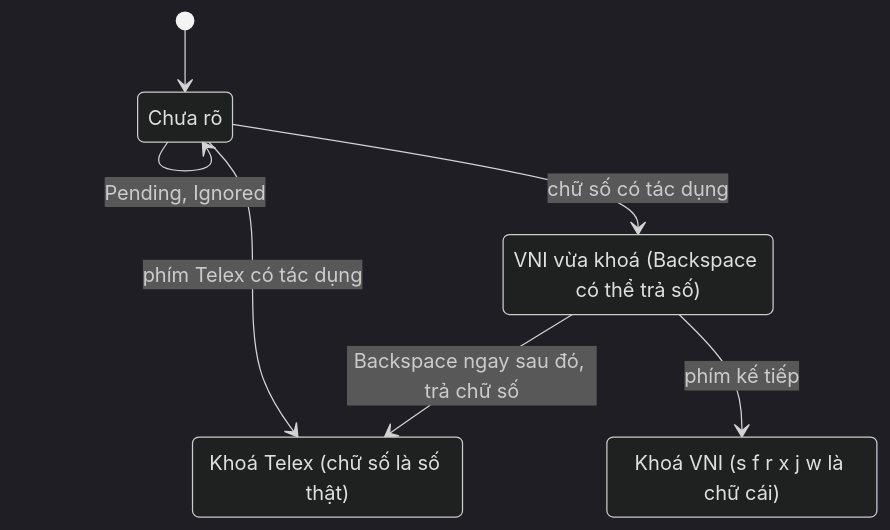
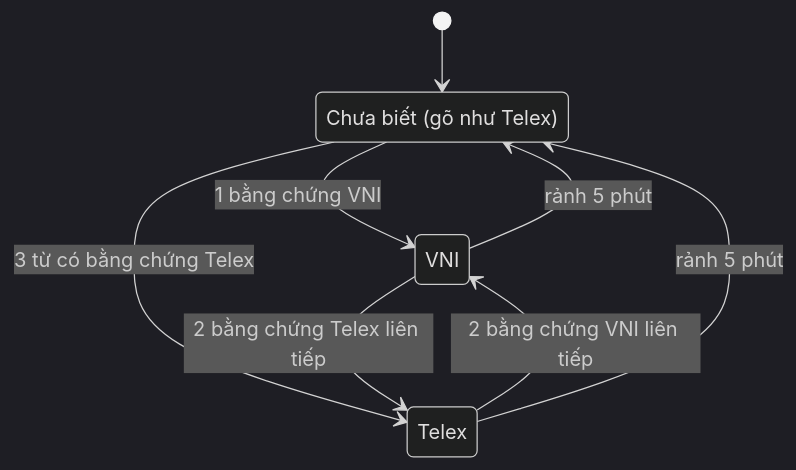
One commit to Funput/Funput changed the first of 2 diagrams in docs/features/auto-typing-method.md. Above: the diagram before and after it, drawn with Mermaid (dark theme). The commit also changed other lines of this file, not shown here.

````diff
--- a/docs/features/auto-typing-method.md
+++ b/docs/features/auto-typing-method.md
@@ -39,13 +51,13 @@
 ```mermaid
 stateDiagram-v2
-    state "Chưa rõ" as Undecided
-    state "Khoá Telex (chữ số là số thật)" as Telex
-    state "VNI vừa khoá (Backspace có thể trả số)" as VniFresh
-    state "Khoá VNI (s f r x j w là chữ cái)" as Vni
+    state "Chưa biết (gõ như Telex)" as Undecided
+    state "Telex" as Telex
+    state "VNI" as Vni
     [*] --> Undecided
-    Undecided --> Undecided: Pending, Ignored
-    Undecided --> Telex: phím Telex có tác dụng
-    Undecided --> VniFresh: chữ số có tác dụng
-    VniFresh --> Vni: phím kế tiếp
-    VniFresh --> Telex: Backspace ngay sau đó, trả chữ số
+    Undecided --> Vni: 1 bằng chứng VNI
+    Undecided --> Telex: 3 từ có bằng chứng Telex
+    Telex --> Vni: 2 bằng chứng VNI liên tiếp
+    Vni --> Telex: 2 bằng chứng Telex liên tiếp
+    Telex --> Undecided: rảnh 5 phút
+    Vni --> Undecided: rảnh 5 phút
 ```
````
